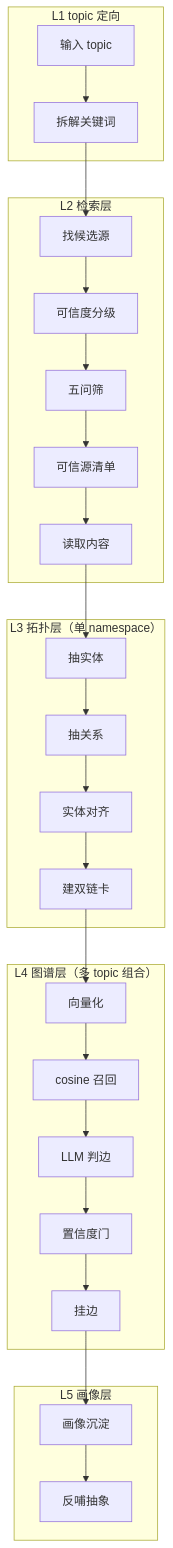
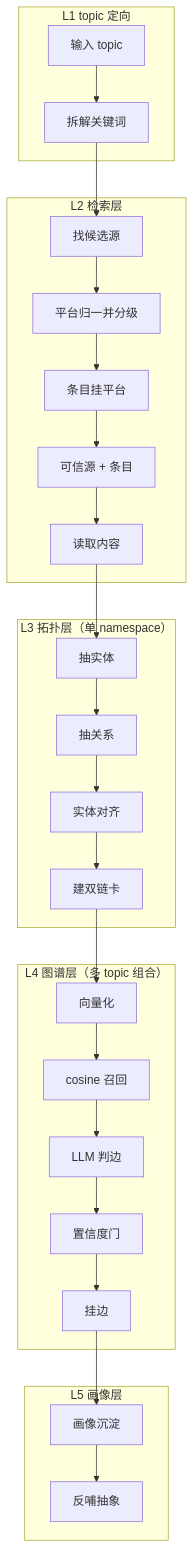
Before and after one commit to shengjieTang4419/knowledge-atlas: the diagram in docs/architecture.md, drawn with Mermaid. The commit also changed other lines of this file and 44 other files, not shown here.

````diff
--- a/docs/architecture.md
+++ b/docs/architecture.md
@@ -3,22 +3,22 @@
 ```mermaid
 flowchart TB
   subgraph L1["L1 topic 定向"]
     A1["输入 topic"] --> A2["拆解关键词"]
   end
   subgraph L2["L2 检索层"]
-    B1["找候选源"] --> B2["可信度分级"] --> B3["五问筛"] --> B4["可信源清单"] --> B5["读取内容"]
+    B1["找候选源"] --> B2["平台归一并分级"] --> B3["条目挂平台"] --> B4["可信源 + 条目"] --> B5["读取内容"]
   end
   subgraph L3["L3 拓扑层（单 namespace）"]
     C1["抽实体"] --> C2["抽关系"] --> C3["实体对齐"] --> C4["建双链卡"]
   end
   subgraph L4["L4 图谱层（多 topic 组合）"]
     D1["向量化"] --> D2["cosine 召回"] --> D3["LLM 判边"] --> D4["置信度门"] --> D5["挂边"]
   end
   subgraph L5["L5 画像层"]
     E1["画像沉淀"] --> E2["反哺抽象"]
   end
   A2 --> B1
   B5 --> C1
   C4 --> D1
   D5 --> E1
 ```
````
